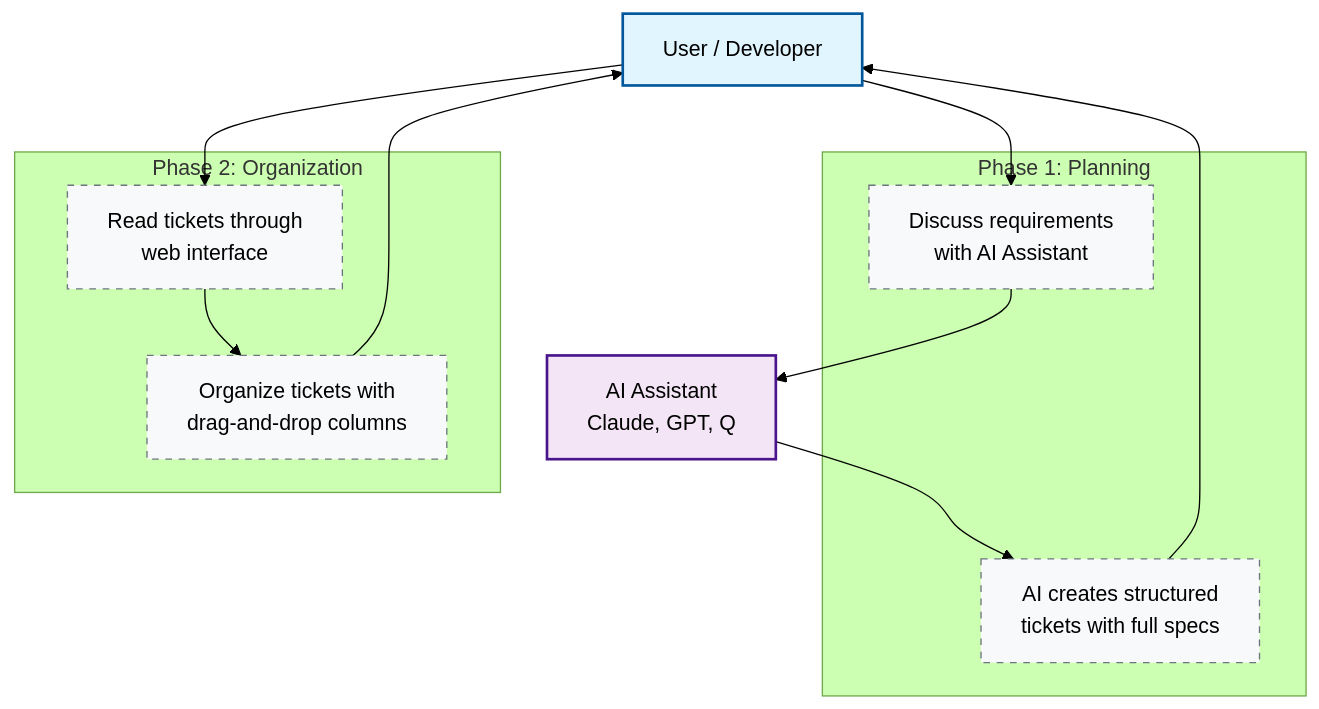
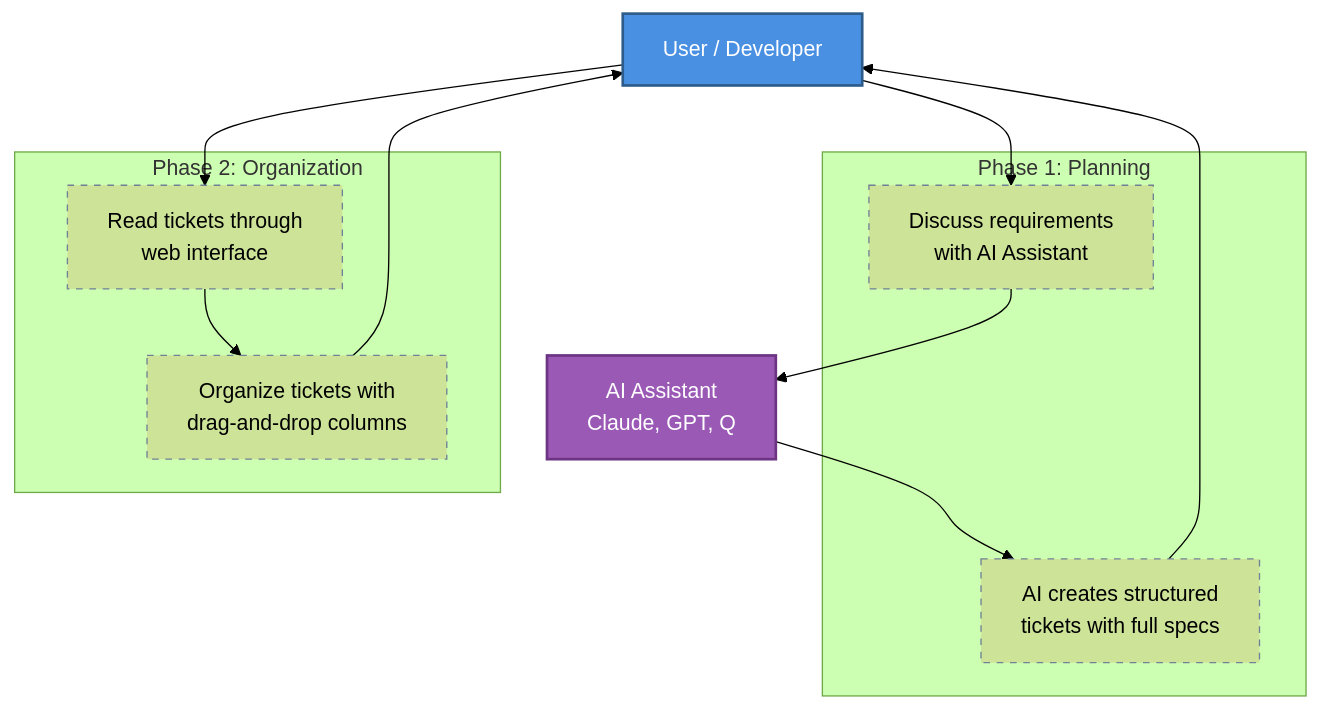
Before and after one commit to andkirby/markdown-ticket: the first of 2 diagrams in README.md, drawn with Mermaid. The commit also changed other lines of this file, not shown here.

Commit message:
docs: use unified colors for diagrams in dark/light mode

````diff
--- a/README.md
+++ b/README.md
@@ -69,34 +69,34 @@
 ```mermaid
 ---
 config:
   theme: forest
 ---
 flowchart TD
     User[User / Developer]
     LLM[AI Assistant<br/>Claude, GPT, Q]
 
     subgraph "Phase 1: Planning"
         A1[Discuss requirements<br/>with AI Assistant]
         A2[AI creates structured<br/>tickets with full specs]
     end
 
     subgraph "Phase 2: Organization"
         B1[Read tickets through<br/>web interface]
         B2[Organize tickets with<br/>drag-and-drop columns]
     end
 
     User --> A1
     A1 --> LLM
     LLM --> A2
     A2 --> User
 
     User --> B1
     B1 --> B2
     B2 --> User
 
-    style User fill:#e1f5fe,stroke:#01579b,stroke-width:2px
-    style LLM fill:#f3e5f5,stroke:#4a148c,stroke-width:2px
+    style User fill:#4a90e2,stroke:#2e5c8a,stroke-width:2px,color:#fff
+    style LLM fill:#9b59b6,stroke:#6c3483,stroke-width:2px,color:#fff
 
-    classDef phaseBox fill:#f8f9fa,stroke:#6c757d,stroke-width:1px,stroke-dasharray: 5 5
+    classDef phaseBox stroke:#718096,stroke-width:1px,stroke-dasharray: 5 5
     class A1,A2,B1,B2 phaseBox
 ```
````
